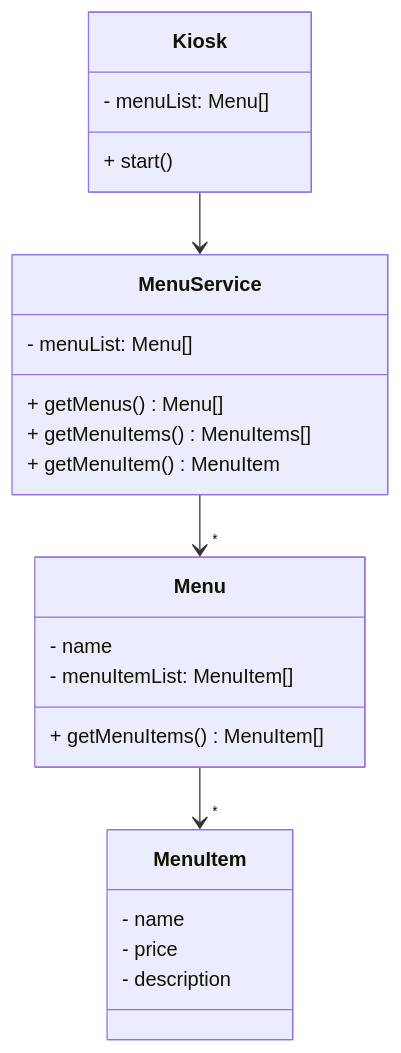
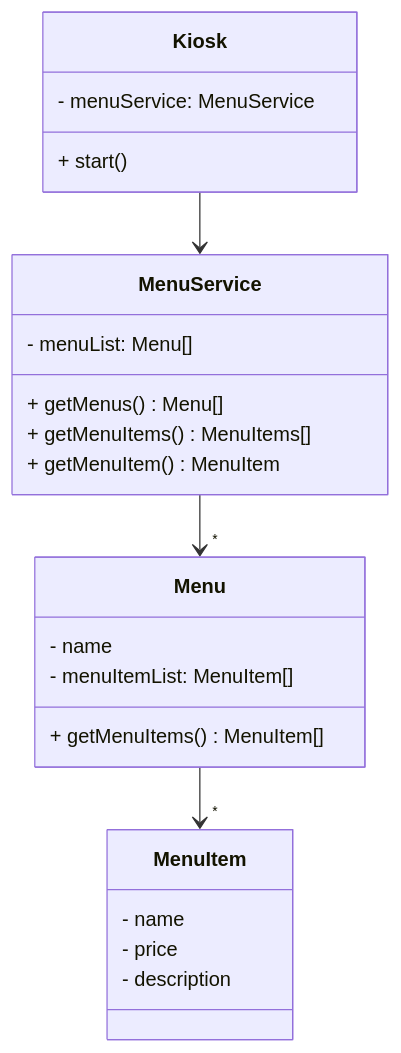
The diagram in README.md (yeongbinim/kioskProject), drawn with Mermaid before and after one commit. The commit also changed other lines of this file, not shown here.

````diff
--- a/README.md
+++ b/README.md
@@ -21,35 +23,35 @@
 ```mermaid
 
 classDiagram
 
 class MenuItem {
 - name
 - price
 - description
 }
 
 class Menu {
 - name
 - menuItemList: MenuItem[]
 + getMenuItems() MenuItem[]
 }
 
 class Kiosk {
-- menuList: Menu[]
+- menuService: MenuService
 + start()
 }
 
 class MenuService {
 - menuList: Menu[]
 + getMenus() Menu[]
 + getMenuItems() MenuItems[]
 + getMenuItem() MenuItem
 }
 
 Kiosk --> MenuService
 
 MenuService -->"*" Menu
 
 Menu --> "*" MenuItem
 
 ```
````
